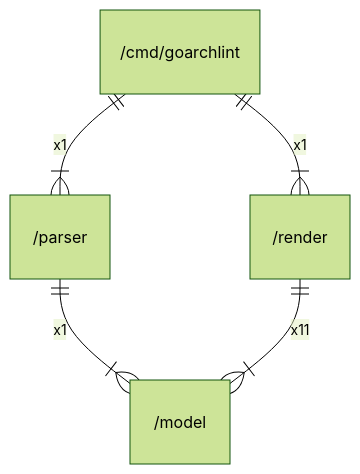
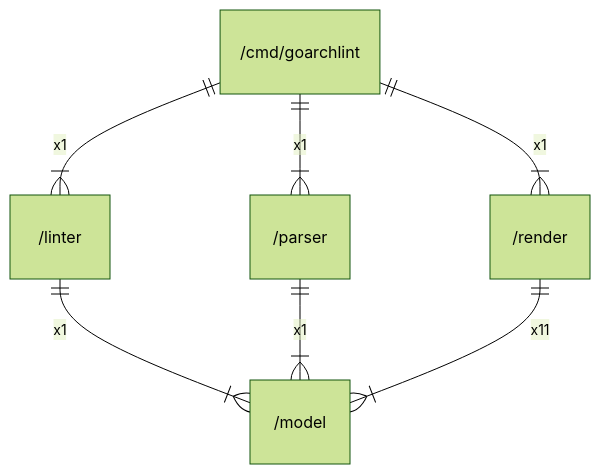
The diagram in docs/arch/README.md (gbh007/goarchlint), drawn with Mermaid (forest theme) before and after one commit. The commit also changed other lines of this file and 13 other files, not shown here.

````diff
--- a/docs/arch/README.md
+++ b/docs/arch/README.md
@@ -45,7 +49,9 @@
 ```mermaid
 erDiagram
+    "/cmd/goarchlint" ||--|{ "/linter" : x1
     "/cmd/goarchlint" ||--|{ "/parser" : x1
     "/cmd/goarchlint" ||--|{ "/render" : x1
+    "/linter" ||--|{ "/model" : x1
     "/parser" ||--|{ "/model" : x1
     "/render" ||--|{ "/model" : x11
 ```
````
